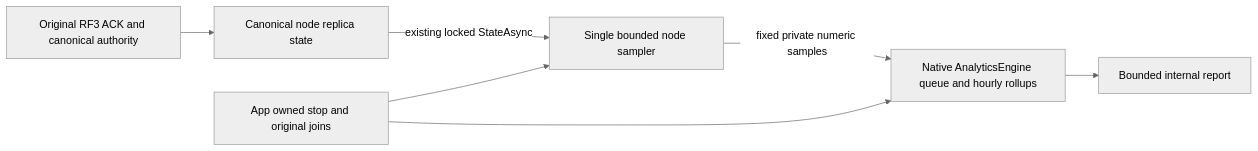
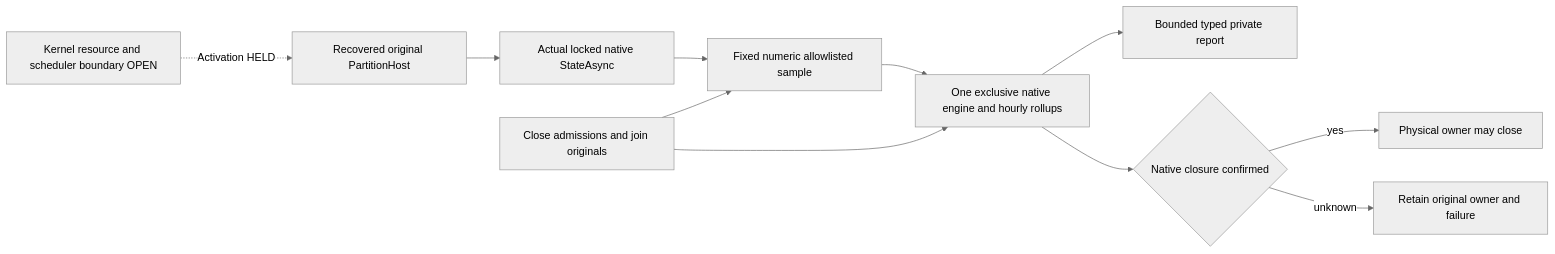
Before and after one commit to managedcode/KeyLoad: the diagram in docs/ADR/ADR-134-node-owned-derived-analytics.md, drawn with Mermaid (neutral theme). The commit also changed other lines of this file and 73 other files, not shown here.

Commit message:
Integrate native Analytics and bound SDK response admission

````diff
--- a/docs/ADR/ADR-134-node-owned-derived-analytics.md
+++ b/docs/ADR/ADR-134-node-owned-derived-analytics.md
@@ -39,9 +47,13 @@
 ```mermaid
 flowchart LR
-    Canonical[Canonical node replica state] -->|existing locked StateAsync| Sampler[Single bounded node sampler]
-    Sampler -->|fixed private numeric samples| Native[Native AnalyticsEngine queue and hourly rollups]
-    Native --> Report[Bounded internal report]
-    Shutdown[App owned stop and original joins] --> Sampler
-    Shutdown --> Native
-    Ack[Original RF3 ACK and canonical authority] --> Canonical
+    Gate[Kernel resource and scheduler boundary OPEN] -. Activation HELD .-> Physical[Recovered original PartitionHost]
+    Physical --> State[Actual locked native StateAsync]
+    State --> Sample[Fixed numeric allowlisted sample]
+    Sample --> Native[One exclusive native engine and hourly rollups]
+    Native --> Private[Bounded typed private report]
+    Stop[Close admissions and join originals] --> Sample
+    Stop --> Native
+    Native --> Closed{Native closure confirmed}
+    Closed -->|yes| Release[Physical owner may close]
+    Closed -->|unknown| Retain[Retain original owner and failure]
 ```
````
